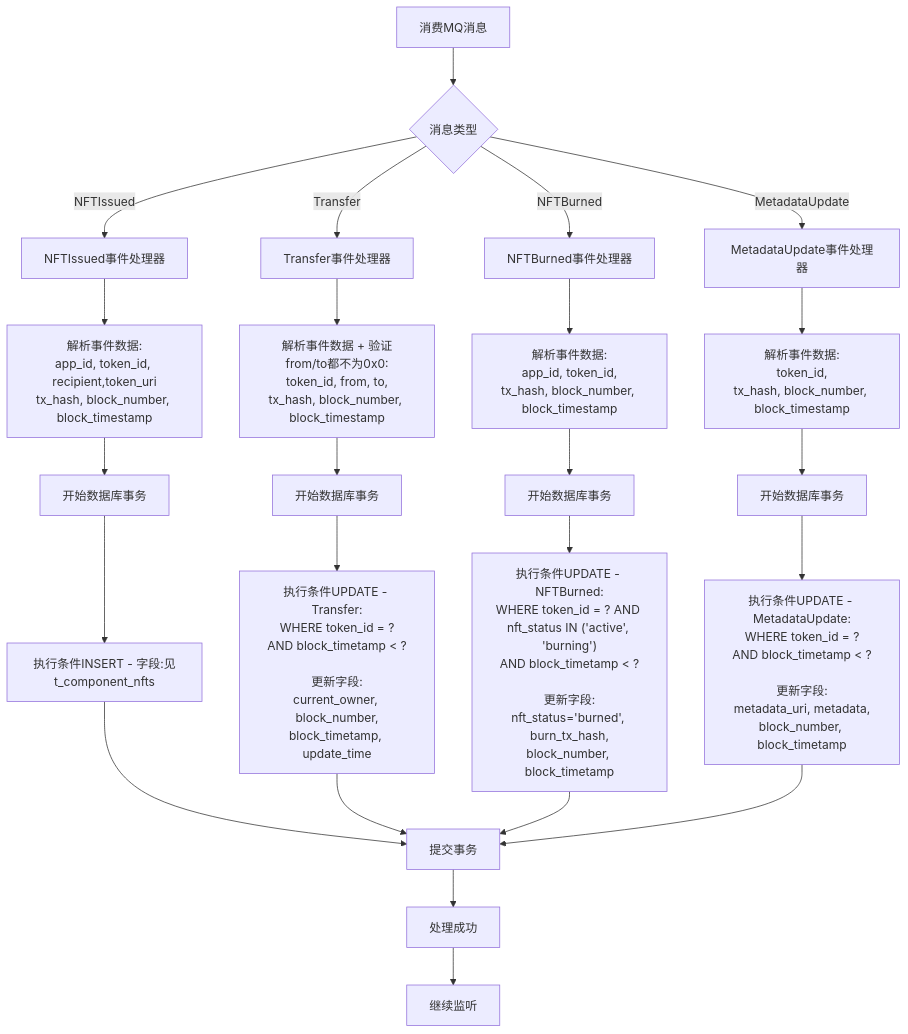
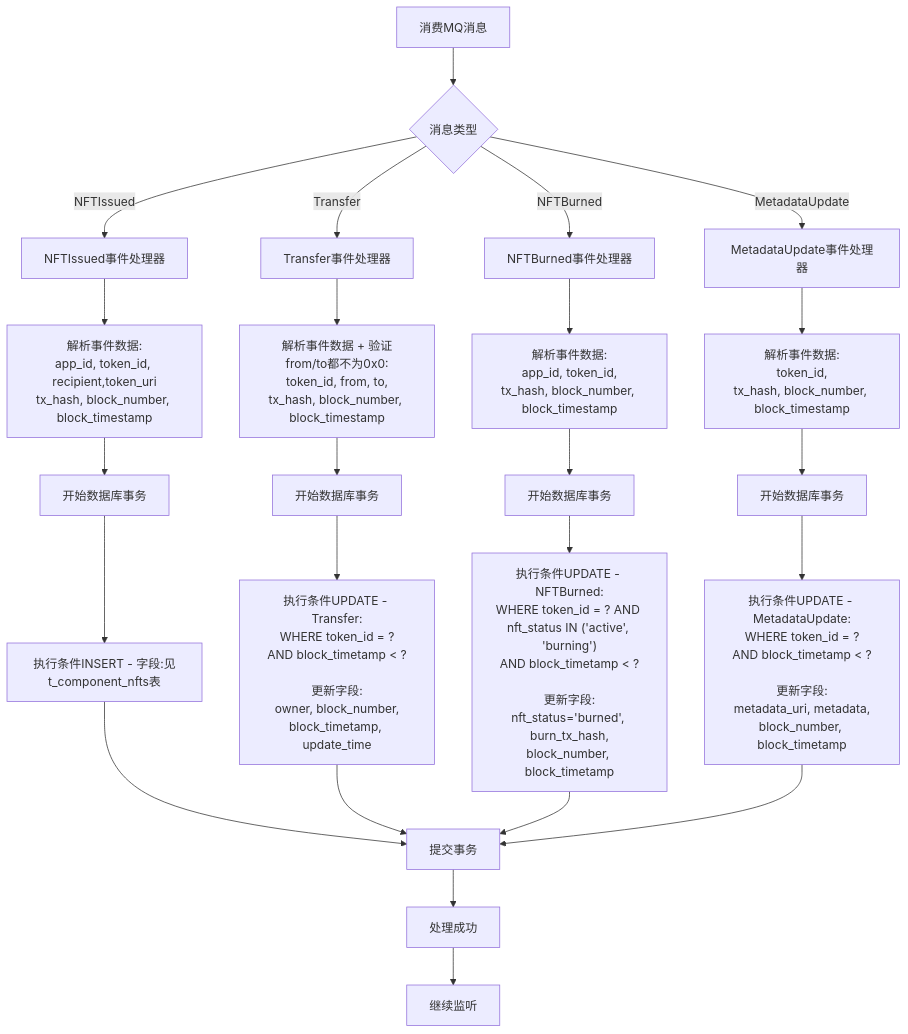
The diagram in all/未命名-77.md (yingjianzh/iodraw-files), drawn with Mermaid before and after one commit.

Commit message:
2025-07-08 11:37:38 update

````diff
--- a/all/未命名-77.md
+++ b/all/未命名-77.md
@@ -1,40 +1,40 @@
 ```mermaid
 
 flowchart TD
     A[消费MQ消息] --> B{消息类型}
     
     %% 四种事件类型
     B -->|NFTIssued| C[NFTIssued事件处理器]
     B -->|Transfer| D[Transfer事件处理器]
     B -->|NFTBurned| E[NFTBurned事件处理器]
     B -->|MetadataUpdate| F[MetadataUpdate事件处理器]
     
     %% 解析事件数据
     C --> G["解析事件数据:<br/>app_id, token_id, recipient,token_uri<br/>tx_hash, block_number, block_timestamp"]
     D --> H["解析事件数据 + 验证from/to都不为0x0:<br/>token_id, from, to,<br/>tx_hash, block_number, block_timestamp"]
     E --> I["解析事件数据:<br/>app_id, token_id,<br/>tx_hash, block_number, block_timestamp"]
     F --> J["解析事件数据:<br/>token_id,<br/>tx_hash, block_number, block_timestamp"]
     
     G --> K[开始数据库事务]
     H --> L[开始数据库事务]
     I --> M[开始数据库事务]
     J --> N[开始数据库事务]
     
-    K --> O["执行条件INSERT - 字段:见t_component_nfts "]
+    K --> O["执行条件INSERT - 字段:见t_component_nfts表"]
     
-    L --> P["执行条件UPDATE - Transfer:<br/>WHERE token_id = ?<br/>AND block_timetamp < ?<br/><br/>更新字段:<br/>current_owner, block_number,<br/>block_timetamp, update_time"]
+    L --> P["执行条件UPDATE - Transfer:<br/>WHERE token_id = ?<br/>AND block_timetamp < ?<br/><br/>更新字段:<br/>owner, block_number,<br/>block_timetamp, update_time"]
     
     M --> Q["执行条件UPDATE - NFTBurned:<br/>WHERE token_id = ? AND nft_status IN ('active', 'burning')<br/>AND block_timetamp < ?<br/><br/>更新字段:<br/>nft_status='burned', burn_tx_hash,<br/>block_number, block_timetamp"]
     
     N --> R["执行条件UPDATE - MetadataUpdate:<br/>WHERE token_id = ?<br/>AND block_timetamp < ?<br/><br/>更新字段:<br/>metadata_uri, metadata,<br/>block_number, block_timetamp"]
     
     O --> V[提交事务]
     P --> V
     Q --> V
     R --> V
     
     V --> X[处理成功]
     
     X --> Z[继续监听]
 
 ```
````
